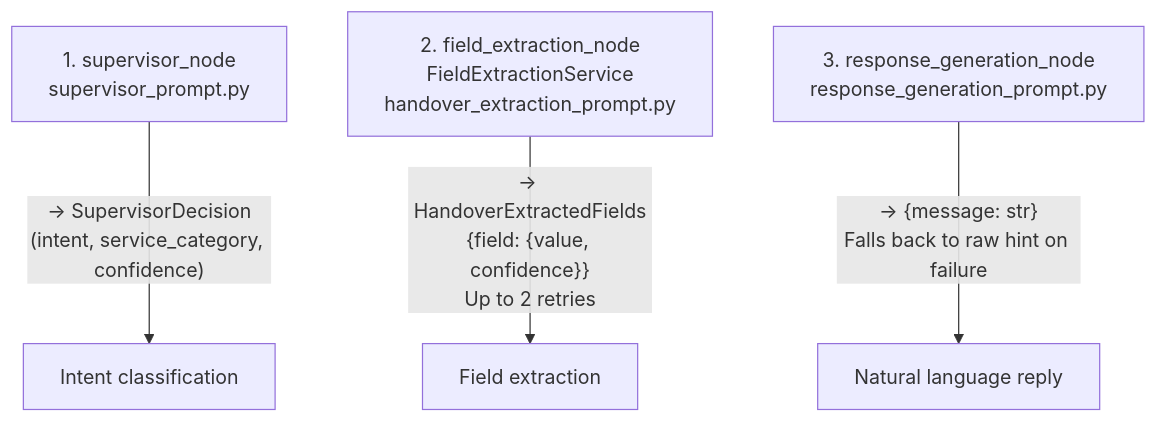
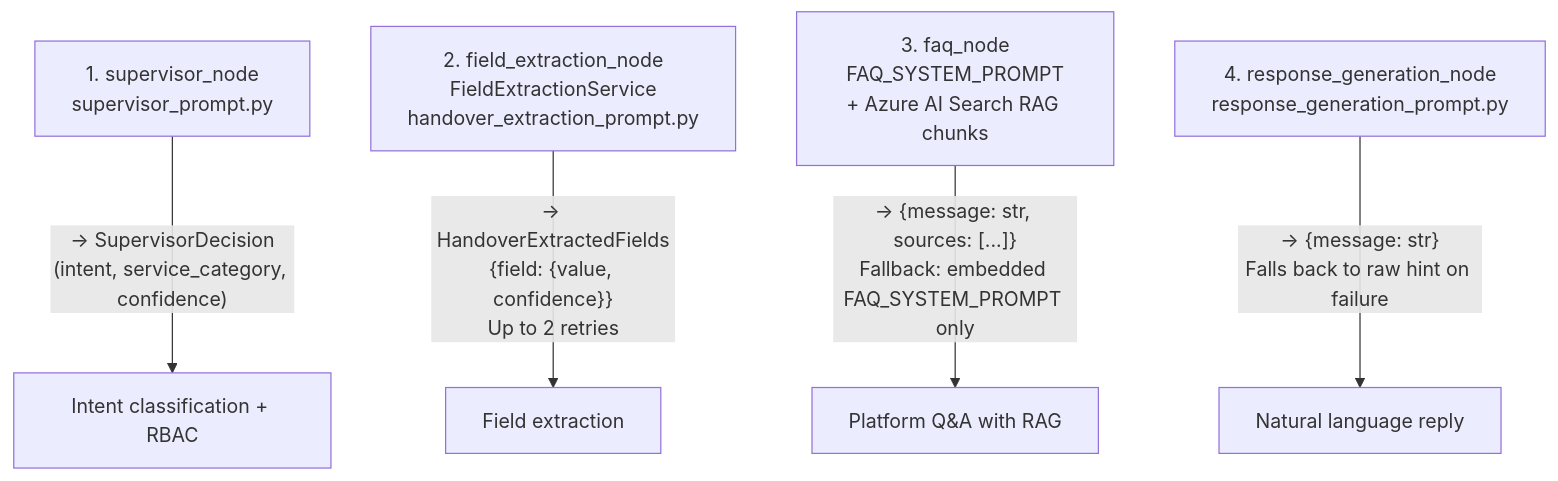
The fifth of 8 diagrams in service-request-chatbot/docs/agent-design-complete.md (swa01wk/cenomi-api-v2), drawn with Mermaid before and after one commit. The commit also changed other lines of this file and 7 other files, not shown here.

````diff
--- a/service-request-chatbot/docs/agent-design-complete.md
+++ b/service-request-chatbot/docs/agent-design-complete.md
@@ -781,10 +903,12 @@
 ```mermaid
 graph TD
     S1["1. supervisor_node\nsupervisor_prompt.py"]
     S2["2. field_extraction_node\nFieldExtractionService\nhandover_extraction_prompt.py"]
-    S3["3. response_generation_node\nresponse_generation_prompt.py"]
+    S3["3. faq_node\nFAQ_SYSTEM_PROMPT\n+ Azure AI Search RAG chunks"]
+    S4["4. response_generation_node\nresponse_generation_prompt.py"]
 
-    S1 -->|"→ SupervisorDecision\n(intent, service_category, confidence)"| R1["Intent classification"]
+    S1 -->|"→ SupervisorDecision\n(intent, service_category, confidence)"| R1["Intent classification + RBAC"]
     S2 -->|"→ HandoverExtractedFields\n{field: {value, confidence}}\nUp to 2 retries"| R2["Field extraction"]
-    S3 -->|"→ {message: str}\nFalls back to raw hint on failure"| R3["Natural language reply"]
+    S3 -->|"→ {message: str, sources: [...]}\nFallback: embedded FAQ_SYSTEM_PROMPT only"| R3["Platform Q&A with RAG"]
+    S4 -->|"→ {message: str}\nFalls back to raw hint on failure"| R4["Natural language reply"]
 ```
````
